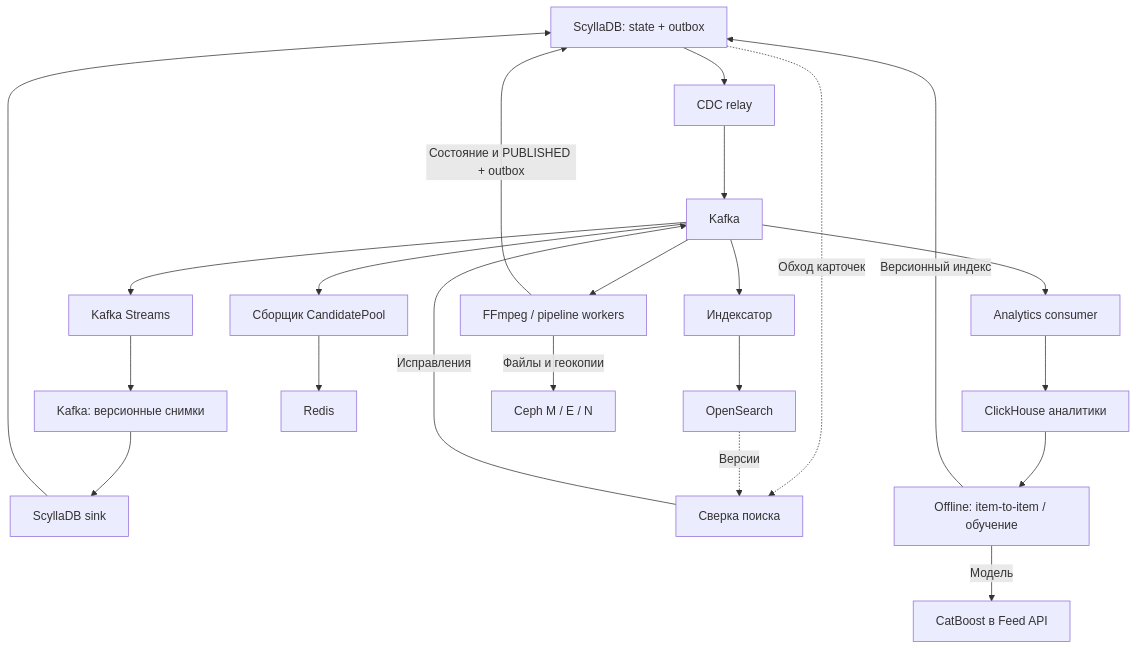
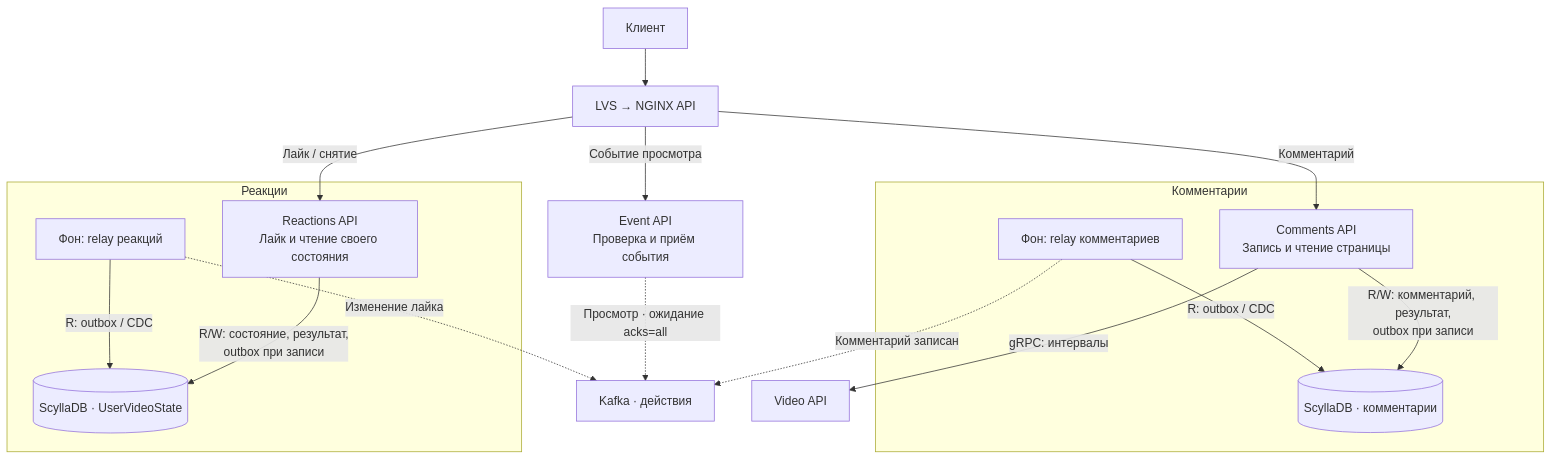
One commit to pavel-ladygin/highload_tp changed diagram 14 of 17 in README.md. Above: the diagram before and after it, drawn with Mermaid. The commit also changed other lines of this file, not shown here.

````diff
--- a/README.md
+++ b/README.md
@@ -869,18 +1019,26 @@
 ```mermaid
 flowchart TB
-    DB["ScyllaDB: state + outbox"] --> CDC["CDC relay"] --> K["Kafka"]
-    K --> ST["Kafka Streams"] --> OUT["Kafka: версионные снимки"]
-    OUT --> SK["ScyllaDB sink"] --> DB
-    K --> IX["Индексатор"] --> OS["OpenSearch"]
-    K --> CP["Сборщик CandidatePool"] --> R["Redis"]
-    K --> AN["Analytics consumer"] --> CH["ClickHouse аналитики"]
-    K --> PW["FFmpeg / pipeline workers"]
-    PW -->|"Файлы и геокопии"| CE["Ceph M / E / N"]
-    PW -->|"Состояние и PUBLISHED + outbox"| DB
-    DB -. "Обход карточек" .-> RC["Сверка поиска"]
-    OS -. "Версии" .-> RC
-    RC -->|"Исправления"| K
-    CH --> OFF["Offline: item-to-item / обучение"]
-    OFF -->|"Версионный индекс"| DB
-    OFF -->|"Модель"| ML["CatBoost в Feed API"]
+    C["Клиент"] --> N["LVS → NGINX API"]
+    N -->|"Событие просмотра"| E["Event API<br/>Проверка и приём события"]
+    N -->|"Лайк / снятие"| L
+    N -->|"Комментарий"| M
+    E -. "Просмотр · ожидание acks=all" .-> K["Kafka · действия"]
+
+    subgraph LIKES["Реакции"]
+        L["Reactions API<br/>Лайк и чтение своего состояния"]
+        LD[("ScyllaDB · UserVideoState")]
+        LR["Фон: relay реакций"]
+        L -->|"R/W: состояние, результат,<br/>outbox при записи"| LD
+        LR -->|"R: outbox / CDC"| LD
+    end
+    subgraph COMMENTS["Комментарии"]
+        M["Comments API<br/>Запись и чтение страницы"]
+        MD[("ScyllaDB · комментарии")]
+        MR["Фон: relay комментариев"]
+        M -->|"R/W: комментарий, результат,<br/>outbox при записи"| MD
+        MR -->|"R: outbox / CDC"| MD
+    end
+    LR -. "Изменение лайка" .-> K
+    MR -. "Комментарий записан" .-> K
+    M -->|"gRPC: интервалы"| V["Video API"]
 ```
````
